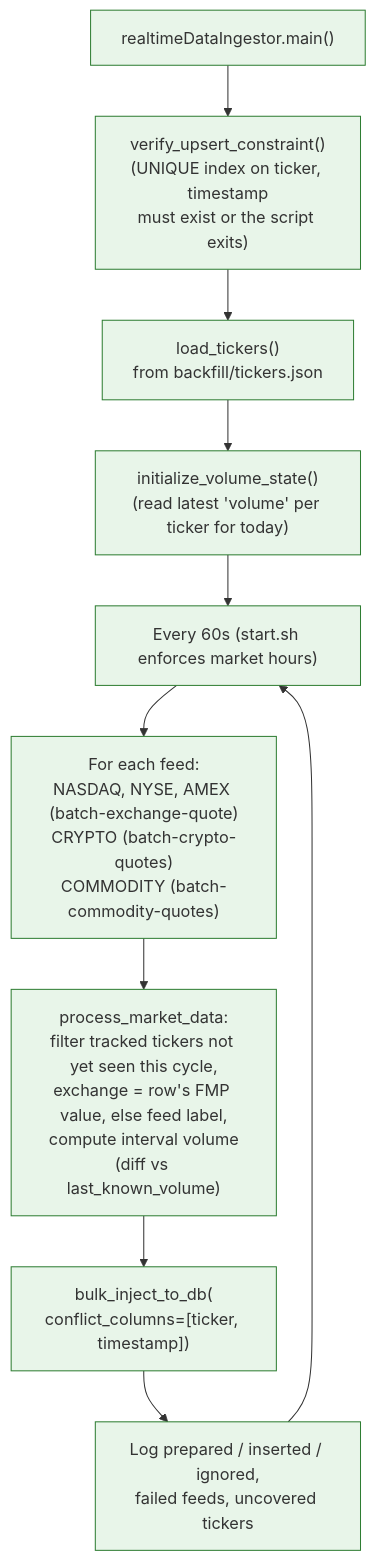
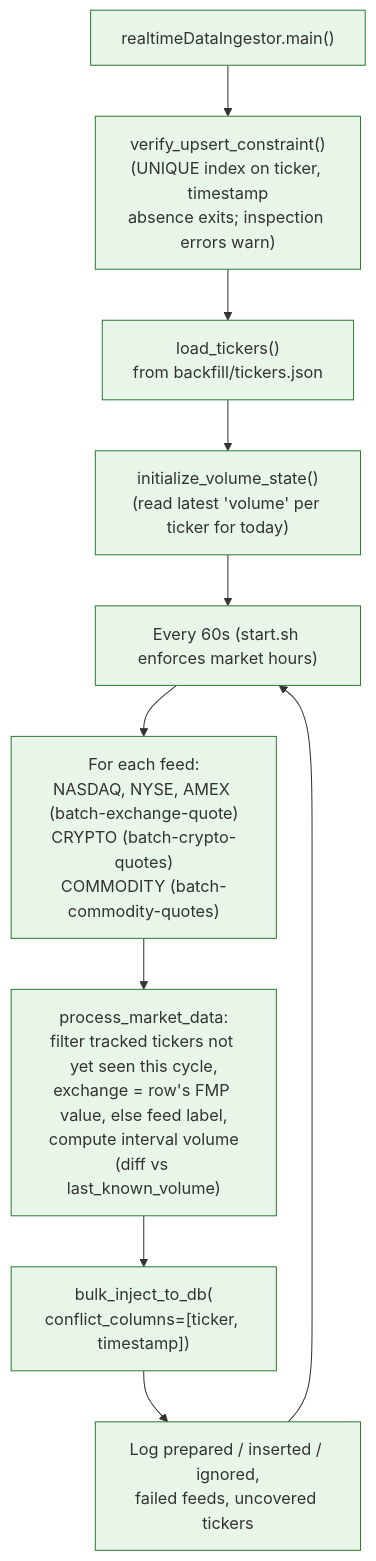
Before and after one commit to MUNQuantSociety/MQSMaster: the fifth of 6 diagrams in docs/workflows/data-pipeline.md, drawn with Mermaid. The commit also changed other lines of this file and 19 other files, not shown here.

````diff
--- a/docs/workflows/data-pipeline.md
+++ b/docs/workflows/data-pipeline.md
@@ -162,15 +164,15 @@
 ```mermaid
 flowchart TD
-    START["realtimeDataIngestor.main()"] --> VERIFY["verify_upsert_constraint()<br/>(UNIQUE index on ticker, timestamp<br/>must exist or the script exits)"]
+    START["realtimeDataIngestor.main()"] --> VERIFY["verify_upsert_constraint()<br/>(UNIQUE index on ticker, timestamp<br/>absence exits; inspection errors warn)"]
     VERIFY --> LOAD["load_tickers()<br/>from backfill/tickers.json"]
     LOAD --> INIT["initialize_volume_state()<br/>(read latest 'volume' per ticker for today)"]
     INIT --> LOOP["Every 60s (start.sh enforces market hours)"]
     LOOP --> FEEDS["For each feed:<br/>NASDAQ, NYSE, AMEX (batch-exchange-quote)<br/>CRYPTO (batch-crypto-quotes)<br/>COMMODITY (batch-commodity-quotes)"]
     FEEDS --> PROCESS["process_market_data:<br/>filter tracked tickers not yet seen this cycle,<br/>exchange = row's FMP value, else feed label,<br/>compute interval volume<br/>(diff vs last_known_volume)"]
     PROCESS --> INSERT["bulk_inject_to_db(<br/>conflict_columns=[ticker, timestamp])"]
     INSERT --> REPORT["Log prepared / inserted / ignored,<br/>failed feeds, uncovered tickers"]
     REPORT --> LOOP
 
     classDef rti fill:#e8f5e9,stroke:#2e7d32
     class START,VERIFY,LOAD,INIT,LOOP,FEEDS,PROCESS,INSERT,REPORT rti
 ```
````
